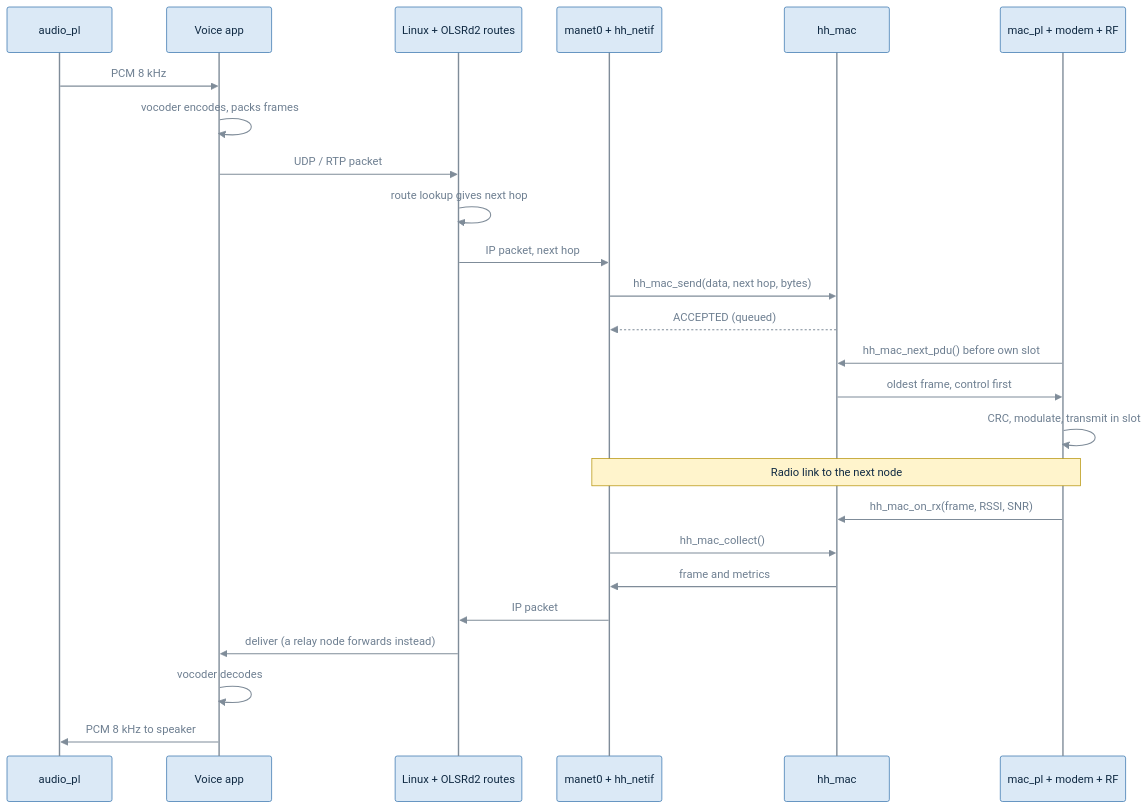
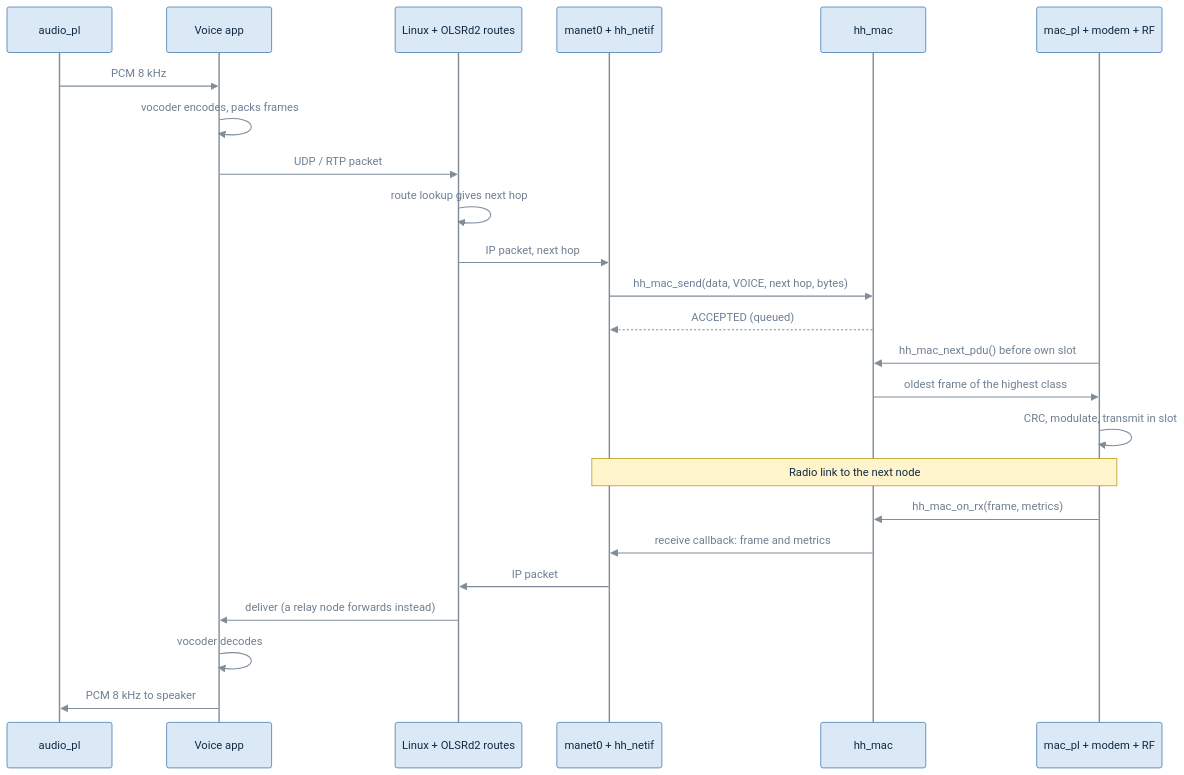
The fourth of 4 diagrams in docs/MAC-SERVICE.md (akhil-osl/hh-sdr-manet), drawn with Mermaid before and after one commit. The commit also changed other lines of this file and 5 other files, not shown here.

````diff
--- a/docs/MAC-SERVICE.md
+++ b/docs/MAC-SERVICE.md
@@ -554,28 +591,27 @@
 ```mermaid
 %%{init: {'theme':'base','themeVariables':{'primaryColor':'#dbe9f6','primaryTextColor':'#102a43','primaryBorderColor':'#2f6fab','secondaryColor':'#e3f0dc','tertiaryColor':'#f6efe0','lineColor':'#7f8c99','textColor':'#6e7f91','edgeLabelBackground':'#f3f6f9','clusterBkg':'#eef2f6','clusterBorder':'#7f8c99','noteBkgColor':'#fff4cc','noteTextColor':'#102a43','noteBorderColor':'#b38f00','actorBkg':'#dbe9f6','actorBorder':'#2f6fab','actorTextColor':'#102a43','actorLineColor':'#7f8c99','signalColor':'#7f8c99','signalTextColor':'#6e7f91','labelBoxBkgColor':'#dbe9f6','labelTextColor':'#102a43','stateLabelColor':'#102a43','transitionColor':'#7f8c99','transitionLabelColor':'#6e7f91'}}}%%
 sequenceDiagram
     participant A as audio_pl
     participant V as Voice app
     participant N as Linux + OLSRd2 routes
     participant H as manet0 + hh_netif
     participant M as hh_mac
     participant L as mac_pl + modem + RF
     A->>V: PCM 8 kHz
     V->>V: vocoder encodes, packs frames
     V->>N: UDP / RTP packet
     N->>N: route lookup gives next hop
     N->>H: IP packet, next hop
-    H->>M: hh_mac_send(data, next hop, bytes)
+    H->>M: hh_mac_send(data, VOICE, next hop, bytes)
     M-->>H: ACCEPTED (queued)
     L->>M: hh_mac_next_pdu() before own slot
-    M->>L: oldest frame, control first
+    M->>L: oldest frame of the highest class
     L->>L: CRC, modulate, transmit in slot
     Note over H,L: Radio link to the next node
-    L->>M: hh_mac_on_rx(frame, RSSI, SNR)
-    H->>M: hh_mac_collect()
-    M->>H: frame and metrics
+    L->>M: hh_mac_on_rx(frame, metrics)
+    M->>H: receive callback: frame and metrics
     H->>N: IP packet
     N->>V: deliver (a relay node forwards instead)
     V->>V: vocoder decodes
     V->>A: PCM 8 kHz to speaker
 ```
````
